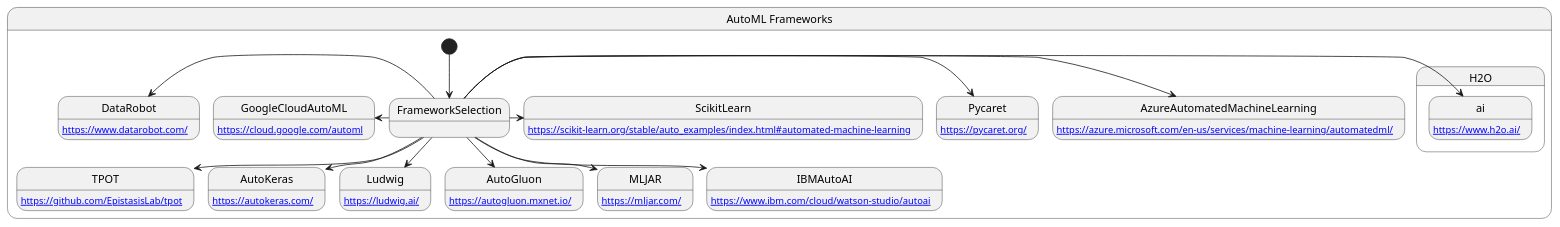
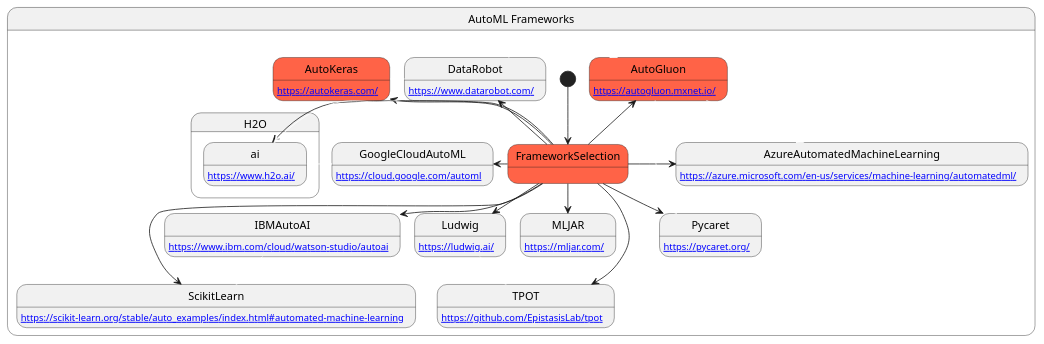
One commit to mirceat/FSM2ML-diagrams changed the diagram in Fig2AutoMLFrameworks.puml. Above: the diagram before and after it, drawn with PlantUML. The commit also changed 17 other files, not shown here.

```diff
--- a/Fig2AutoMLFrameworks.puml
+++ b/Fig2AutoMLFrameworks.puml
@@ -1,33 +1,46 @@
 @startuml
 'https://plantuml.com/state-diagram
 
 state "AutoML Frameworks" as AutoMLFrameworks {
   GoogleCloudAutoML : [[https://cloud.google.com/automl]]
   H2O.ai : [[https://www.h2o.ai/]]
   DataRobot : [[https://www.datarobot.com/]]
   TPOT : [[https://github.com/EpistasisLab/tpot]]
   AutoKeras : [[https://autokeras.com/]]
   Ludwig : [[https://ludwig.ai/]]
   AutoGluon : [[https://autogluon.mxnet.io/]]
   MLJAR : [[https://mljar.com/]]
   IBMAutoAI : [[https://www.ibm.com/cloud/watson-studio/autoai]]
   AzureAutomatedMachineLearning : [[https://azure.microsoft.com/en-us/services/machine-learning/automatedml/]]
   Pycaret : [[https://pycaret.org/]]
   ScikitLearn : [[https://scikit-learn.org/stable/auto_examples/index.html#automated-machine-learning]]
 
-  [*] --> FrameworkSelection
+  'semantic links (edges)
+  [*] --> FrameworkSelection #tomato
   GoogleCloudAutoML <- FrameworkSelection
   H2O.ai <- FrameworkSelection
   DataRobot <- FrameworkSelection
   FrameworkSelection --> TPOT
-  FrameworkSelection --> AutoKeras
+  AutoKeras #tomato <- FrameworkSelection
   FrameworkSelection --> Ludwig
-  FrameworkSelection --> AutoGluon
+  AutoGluon #tomato <-- FrameworkSelection
   FrameworkSelection --> MLJAR
   FrameworkSelection --> IBMAutoAI
   FrameworkSelection -> AzureAutomatedMachineLearning
-  FrameworkSelection -> Pycaret
-  FrameworkSelection -> ScikitLearn
+  FrameworkSelection --> Pycaret
+  FrameworkSelection --> ScikitLearn
+
+  'invisible layout enforcing links
+  Ludwig -[#white]-> TPOT
+  DataRobot -[#white]-> H2O.ai
+  H2O.ai -[#white]> GoogleCloudAutoML
+  IBMAutoAI -[#white]-> ScikitLearn
+  AutoGluon -[#white]-> Pycaret
+  AutoGluon -[#white]-> AzureAutomatedMachineLearning
+  DataRobot -[#white]> AutoGluon
+  AutoKeras -[#white]> DataRobot
 }
 
+'center footer Generated by Plant2ML www.plant2ml.com
+
 @enduml
```
